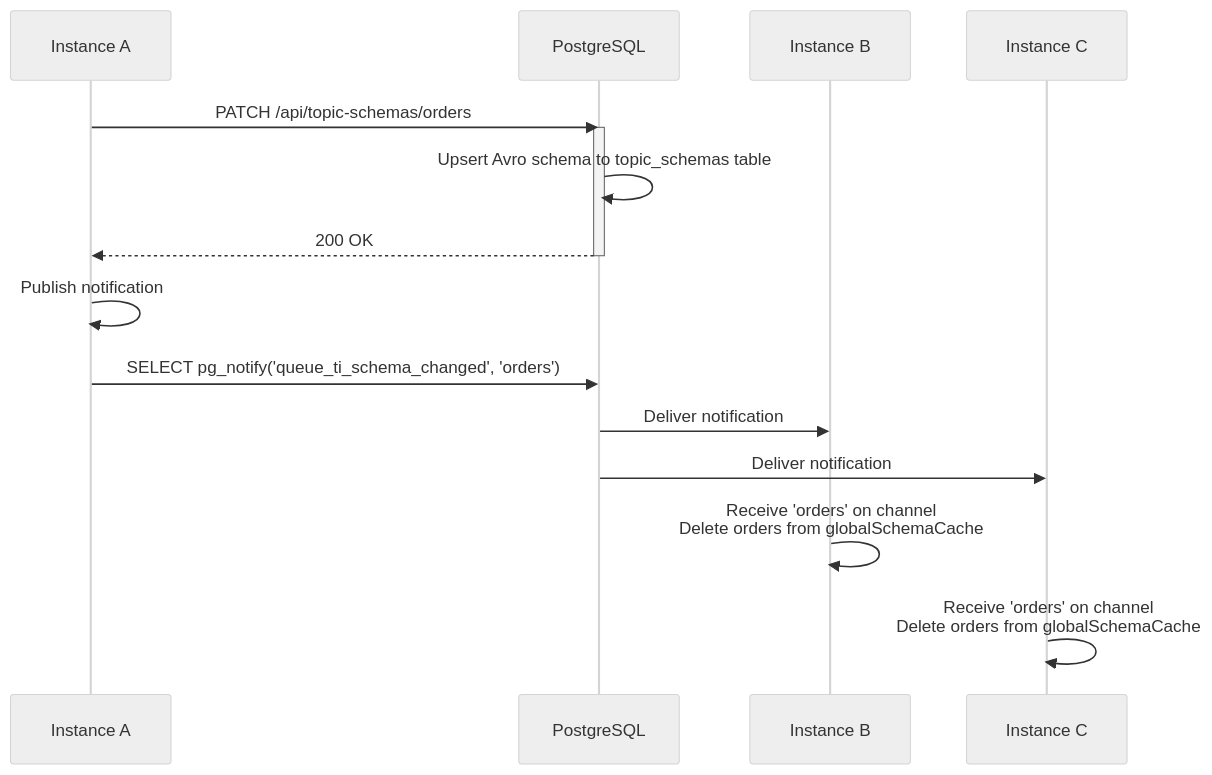
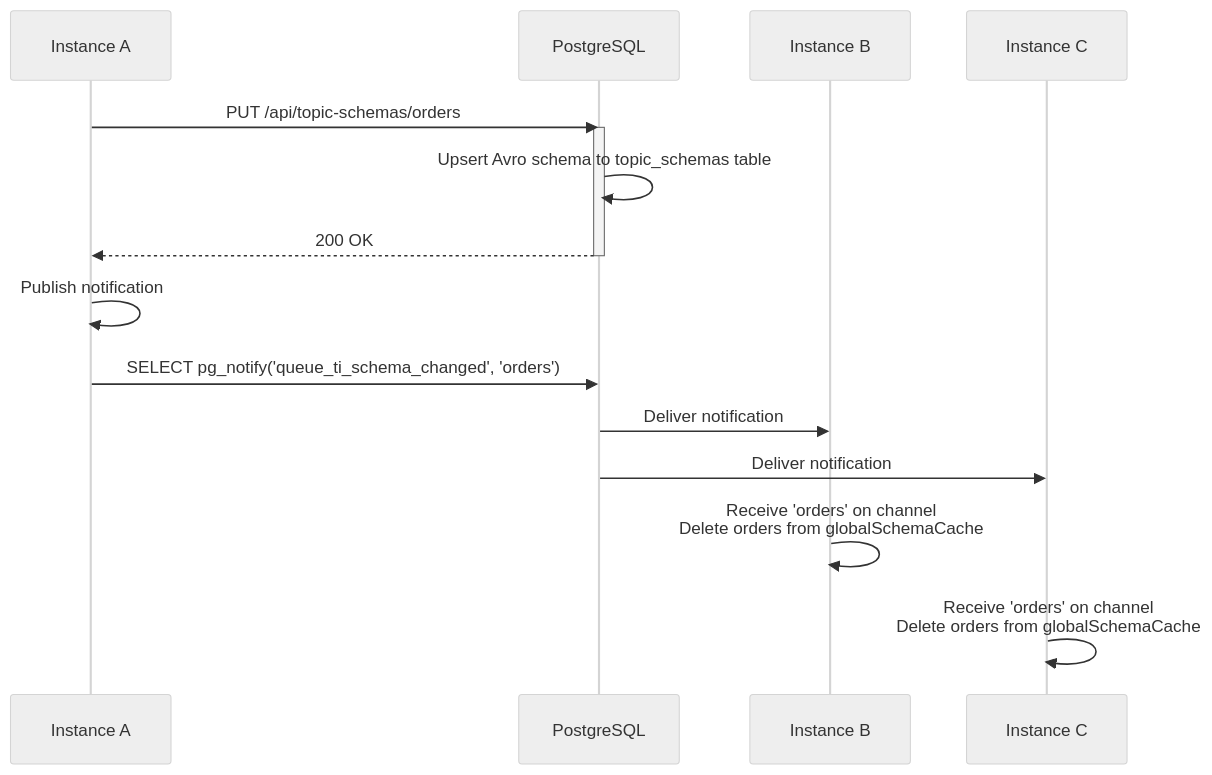
One commit to Joessst-Dev/queue-ti changed the first of 2 diagrams in README.md. Above: the diagram before and after it, drawn with Mermaid (neutral theme). The commit also changed 3 other files, not shown here.

````diff
--- a/README.md
+++ b/README.md
@@ -481,21 +481,21 @@
 ```mermaid
 sequenceDiagram
     participant A as Instance A
     participant DB as PostgreSQL
     participant B as Instance B
     participant C as Instance C
     
-    A->>DB: PATCH /api/topic-schemas/orders
+    A->>DB: PUT /api/topic-schemas/orders
     activate DB
     DB->>DB: Upsert Avro schema to topic_schemas table
     DB-->>A: 200 OK
     deactivate DB
     
     A->>A: Publish notification
     A->>DB: SELECT pg_notify('queue_ti_schema_changed', 'orders')
     DB->>B: Deliver notification
     DB->>C: Deliver notification
     
     B->>B: Receive 'orders' on channel<br/>Delete orders from globalSchemaCache
     C->>C: Receive 'orders' on channel<br/>Delete orders from globalSchemaCache
 ```
````
